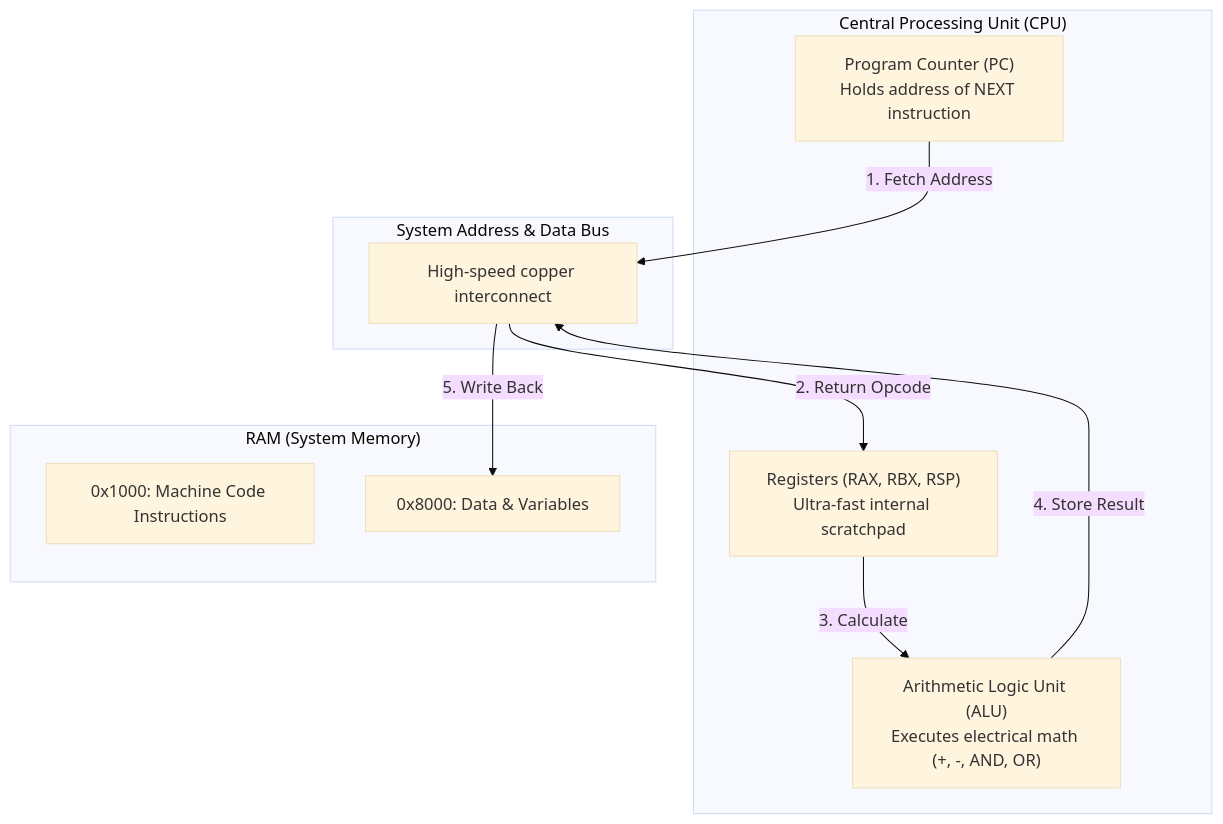
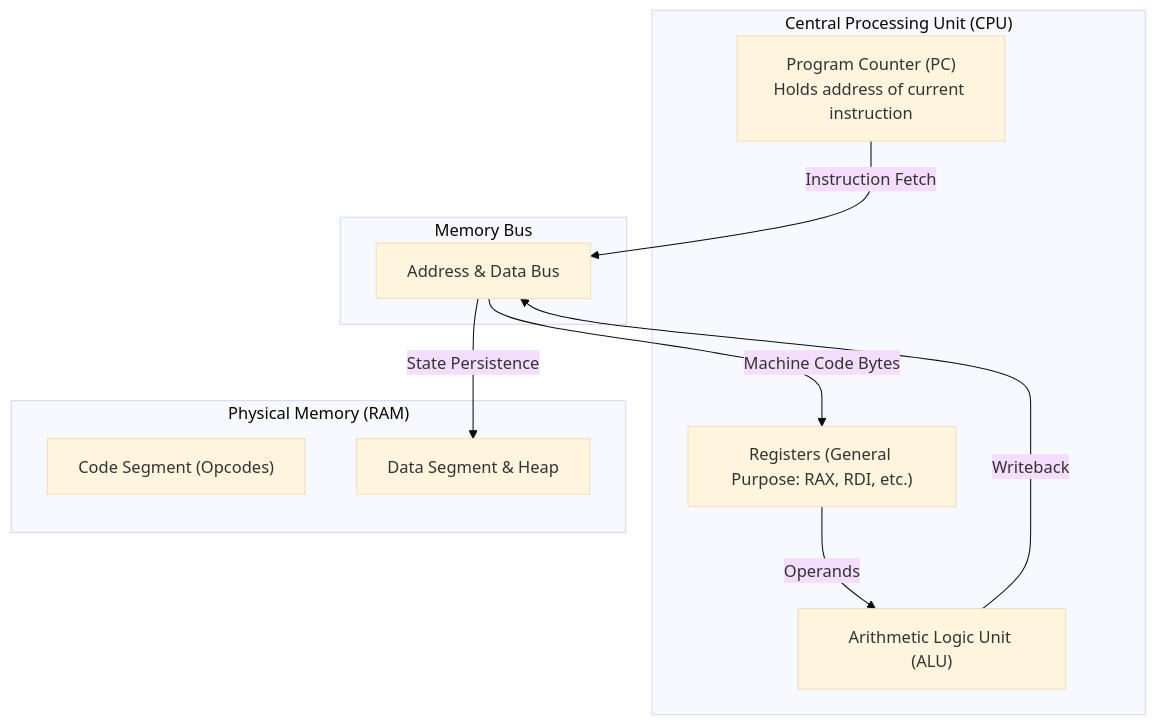
The second of 2 diagrams in src/content/docs/foundations/hardware-and-memory.mdx (AchuAshwath/Cthru-Python), drawn with Mermaid (base theme) before and after one commit. The commit also changed other lines of this file and 8 other files, not shown here.

````diff
--- a/src/content/docs/foundations/hardware-and-memory.mdx
+++ b/src/content/docs/foundations/hardware-and-memory.mdx
@@ -54,23 +60,23 @@
 ```mermaid
 flowchart TD
     subgraph CPU["Central Processing Unit (CPU)"]
-        PC["Program Counter (PC)<br/>Holds address of NEXT instruction"]
-        Regs["Registers (RAX, RBX, RSP)<br/>Ultra-fast internal scratchpad"]
-        ALU["Arithmetic Logic Unit (ALU)<br/>Executes electrical math (+, -, AND, OR)"]
+        PC["Program Counter (PC)<br/>Holds address of current instruction"]
+        Regs["Registers (General Purpose: RAX, RDI, etc.)"]
+        ALU["Arithmetic Logic Unit (ALU)"]
     end
 
-    subgraph Bus["System Address & Data Bus"]
-        DataLines["High-speed copper interconnect"]
+    subgraph Bus["Memory Bus"]
+        AddressBus["Address & Data Bus"]
     end
 
-    subgraph Memory["RAM (System Memory)"]
-        Instructions["0x1000: Machine Code Instructions"]
-        DataBytes["0x8000: Data & Variables"]
+    subgraph RAM["Physical Memory (RAM)"]
+        Instructions["Code Segment (Opcodes)"]
+        DataSpace["Data Segment & Heap"]
     end
 
-    PC -->|1. Fetch Address| DataLines
-    DataLines -->|2. Return Opcode| Regs
-    Regs -->|3. Calculate| ALU
-    ALU -->|4. Store Result| DataLines
-    DataLines -->|5. Write Back| DataBytes
+    PC -->|Instruction Fetch| AddressBus
+    AddressBus -->|Machine Code Bytes| Regs
+    Regs -->|Operands| ALU
+    ALU -->|Writeback| AddressBus
+    AddressBus -->|State Persistence| DataSpace
 ```
````
